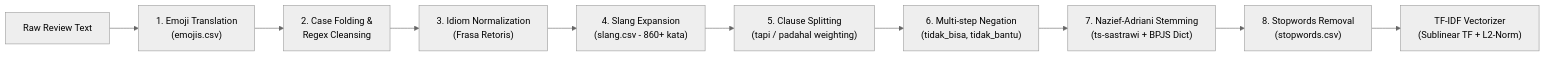
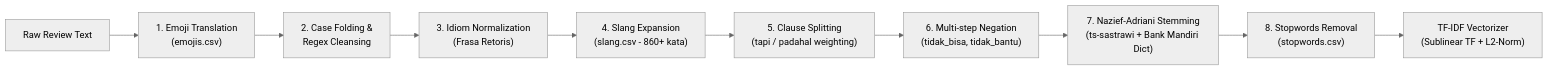
One commit to presidendjakarta/Binus-s2-Business-Intelligence-and-Analytics-TK changed the fourth of 7 diagrams in docs/01_metodologi_crisp_dm.md. Above: the diagram before and after it, drawn with Mermaid (neutral theme). The commit also changed other lines of this file and 57 other files, not shown here.

````diff
--- a/docs/01_metodologi_crisp_dm.md
+++ b/docs/01_metodologi_crisp_dm.md
@@ -162,12 +162,12 @@
 ```mermaid
 flowchart LR
     A["Raw Review Text"] --> B["1. Emoji Translation<br>(emojis.csv)"]
     B --> C["2. Case Folding &<br>Regex Cleansing"]
     C --> D["3. Idiom Normalization<br>(Frasa Retoris)"]
     D --> E["4. Slang Expansion<br>(slang.csv - 860+ kata)"]
     E --> F["5. Clause Splitting<br>(tapi / padahal weighting)"]
     F --> G["6. Multi-step Negation<br>(tidak_bisa, tidak_bantu)"]
-    G --> H["7. Nazief-Adriani Stemming<br>(ts-sastrawi + BPJS Dict)"]
+    G --> H["7. Nazief-Adriani Stemming<br>(ts-sastrawi + Bank Mandiri Dict)"]
     H --> I["8. Stopwords Removal<br>(stopwords.csv)"]
     I --> J["TF-IDF Vectorizer<br>(Sublinear TF + L2-Norm)"]
 ```
````
